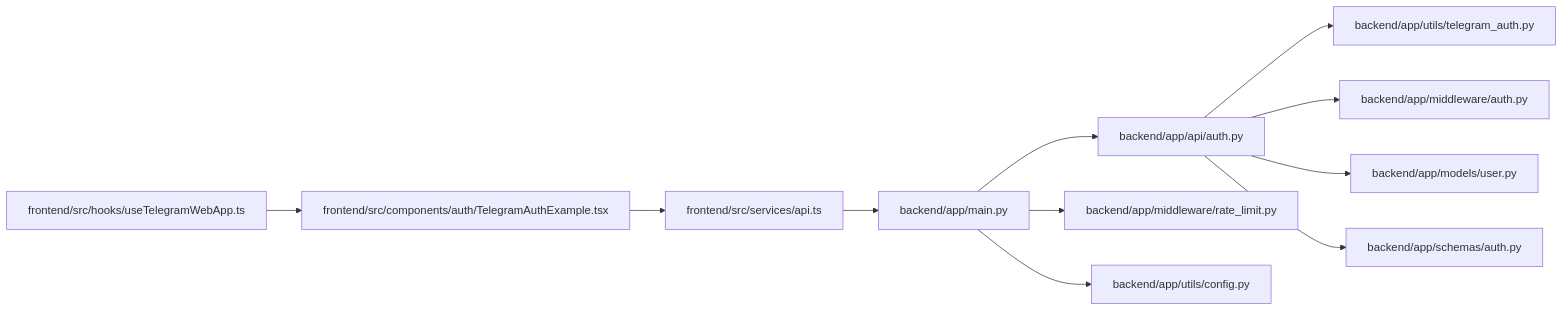
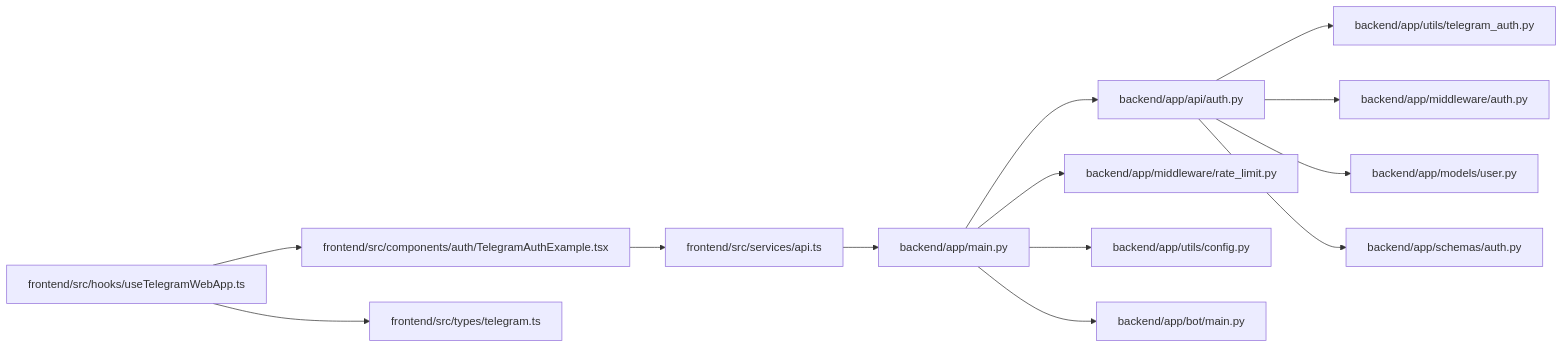
The seventh of 7 diagrams in .qoder/repowiki/en/content/Architecture & Design/Component Interactions.md (nilsnavi/fit_trackerpro), drawn with Mermaid before and after one commit. The commit also changed other lines of this file and 26 other files, not shown here.

````diff
--- a/.qoder/repowiki/en/content/Architecture & Design/Component Interactions.md
+++ b/.qoder/repowiki/en/content/Architecture & Design/Component Interactions.md
@@ -325,13 +507,15 @@
 ```mermaid
 graph LR
 MAIN["backend/app/main.py"] --> AUTH["backend/app/api/auth.py"]
 MAIN --> RATE["backend/app/middleware/rate_limit.py"]
 MAIN --> CONF["backend/app/utils/config.py"]
+MAIN --> BOT["backend/app/bot/main.py"]
 AUTH --> TGAUTH["backend/app/utils/telegram_auth.py"]
 AUTH --> MWJ["backend/app/middleware/auth.py"]
 AUTH --> MODEL["backend/app/models/user.py"]
 AUTH --> SCHEMA["backend/app/schemas/auth.py"]
 FE_API["frontend/src/services/api.ts"] --> MAIN
 FE_TW["frontend/src/hooks/useTelegramWebApp.ts"] --> FE_AUTH["frontend/src/components/auth/TelegramAuthExample.tsx"]
 FE_AUTH --> FE_API
+FE_TW --> TYPES["frontend/src/types/telegram.ts"]
 ```
````
